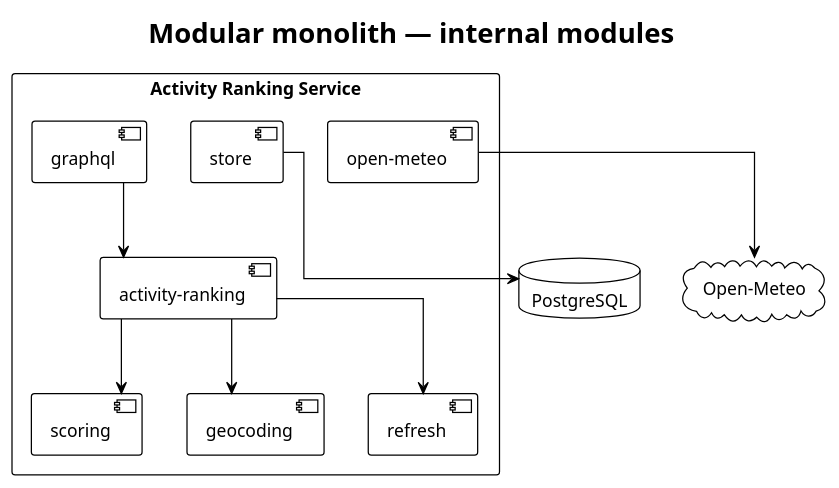
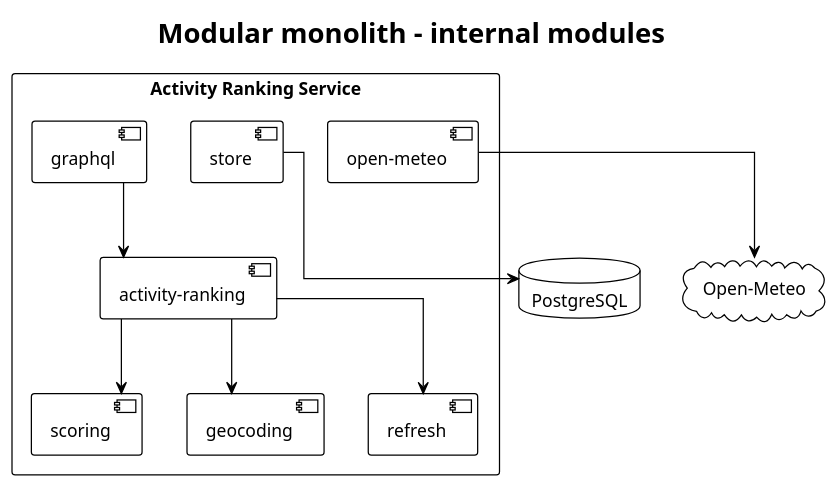
Before and after one commit to Takadza/weather-activity-ranking-service: the diagram in docs/diagrams/03-modules.puml, drawn with PlantUML. The commit also changed 31 other files, not shown here.

```diff
--- a/docs/diagrams/03-modules.puml
+++ b/docs/diagrams/03-modules.puml
@@ -1,28 +1,28 @@
 @startuml 03-modules
 ' Presentation artifact: docs/diagrams/03-modules.svg (hand-authored for GitHub).
 !theme plain
 skinparam linetype ortho
 top to bottom direction
-title Modular monolith — internal modules
+title Modular monolith - internal modules
 
 rectangle "Activity Ranking Service" {
   component "graphql" as GQL
   component "activity-ranking" as Rank
   component "scoring" as Score
   component "geocoding" as Geo
   component "refresh" as Refresh
   component "store" as Store
   component "open-meteo" as OMClient
 }
 
 database "PostgreSQL" as PG
 cloud "Open-Meteo" as OM
 
 GQL --> Rank
 Rank --> Score
 Rank --> Geo
 Rank --> Refresh
 Store --> PG
 OMClient --> OM
 
 @enduml
```
